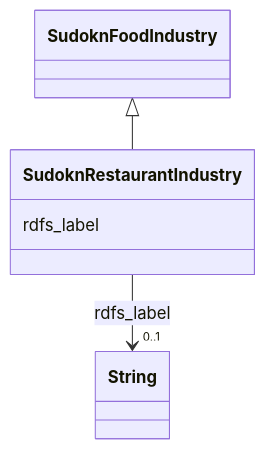
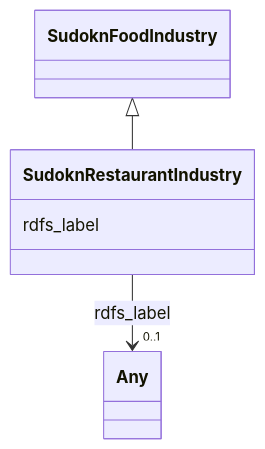
One commit to frink-okn/graph-descriptions changed the diagram in sudokn-kg/classes/SudoknRestaurantIndustry.md. Above: the diagram before and after it, drawn with Mermaid. The commit also changed other lines of this file and 903 other files, not shown here.

````diff
--- a/sudokn-kg/classes/SudoknRestaurantIndustry.md
+++ b/sudokn-kg/classes/SudoknRestaurantIndustry.md
@@ -23,18 +16,18 @@
 ```mermaid
  classDiagram
     class SudoknRestaurantIndustry
     click SudoknRestaurantIndustry href "../SudoknRestaurantIndustry"
       SudoknFoodIndustry <|-- SudoknRestaurantIndustry
         click SudoknFoodIndustry href "../SudoknFoodIndustry"
       
       SudoknRestaurantIndustry : rdfs_label
         
           
     
     
-    SudoknRestaurantIndustry --> "0..1" String : rdfs_label
-    click String href "../String"
+    SudoknRestaurantIndustry --> "0..1" Any : rdfs_label
+    click Any href "../Any"
 
         
       
 ```
````
